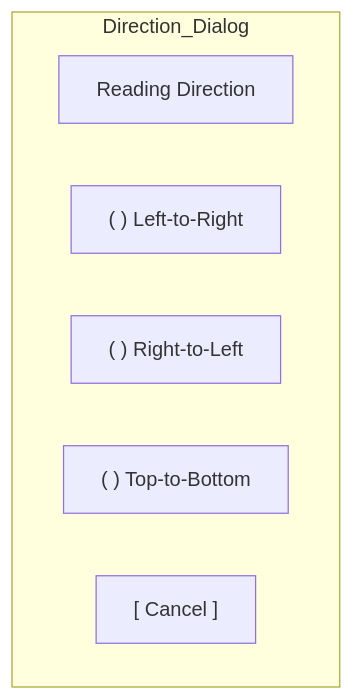
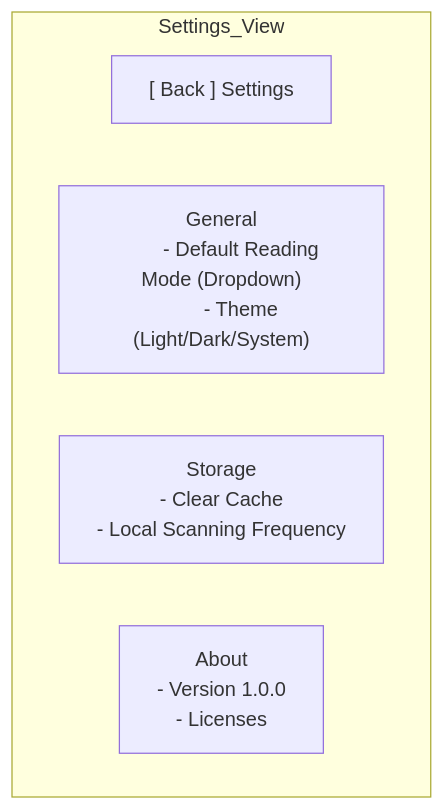
Before and after one commit to photom/PDFDriveReader: the seventh of 9 diagrams in docs/reference/wireframes-ui-design.md, drawn with Mermaid. The commit also changed other lines of this file, not shown here.

````diff
--- a/docs/reference/wireframes-ui-design.md
+++ b/docs/reference/wireframes-ui-design.md
@@ -98,10 +105,15 @@
 ```mermaid
 graph TD
-    subgraph Direction_Dialog
-        Title["Reading Direction"]
-        LTR["( ) Left-to-Right"]
-        RTL["( ) Right-to-Left"]
-        TTB["( ) Top-to-Bottom"]
-        Cancel["[ Cancel ]"]
+    subgraph Settings_View
+        TopBar["[ Back ]  Settings"]
+        General["General
+        - Default Reading Mode (Dropdown)
+        - Theme (Light/Dark/System)"]
+        Storage["Storage
+        - Clear Cache
+        - Local Scanning Frequency"]
+        About["About
+        - Version 1.0.0
+        - Licenses"]
     end
 ```
````
